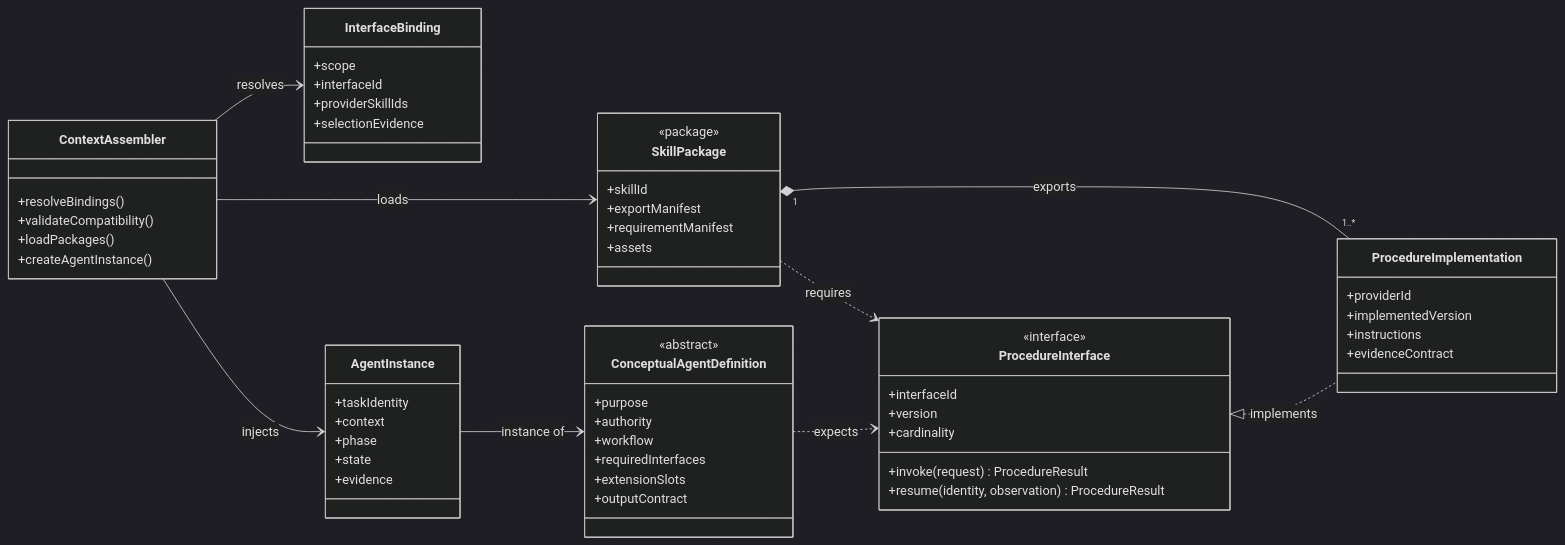
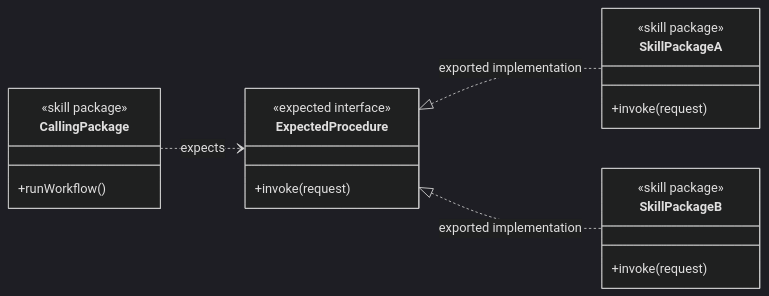
Before and after one commit to martinbechard/dev-methodology: the first of 6 diagrams in design/object-oriented-agent-and-skill-model.md, drawn with Mermaid (dark theme). The commit also changed other lines of this file and 2 other files, not shown here.

````diff
--- a/design/object-oriented-agent-and-skill-model.md
+++ b/design/object-oriented-agent-and-skill-model.md
@@ -147,69 +69,28 @@
 ```mermaid
 classDiagram
     direction LR
 
-    class ProcedureInterface {
-        <<interface>>
-        +interfaceId
-        +version
-        +cardinality
-        +invoke(request) ProcedureResult
-        +resume(identity, observation) ProcedureResult
+    class CallingPackage {
+        <<skill package>>
+        +runWorkflow()
     }
 
-    class ProcedureImplementation {
-        +providerId
-        +implementedVersion
-        +instructions
-        +evidenceContract
+    class ExpectedProcedure {
+        <<expected interface>>
+        +invoke(request)
     }
 
-    class SkillPackage {
-        <<package>>
-        +skillId
-        +exportManifest
-        +requirementManifest
-        +assets
+    class SkillPackageA {
+        <<skill package>>
+        +invoke(request)
     }
 
-    class ConceptualAgentDefinition {
-        <<abstract>>
-        +purpose
-        +authority
-        +workflow
-        +requiredInterfaces
-        +extensionSlots
-        +outputContract
+    class SkillPackageB {
+        <<skill package>>
+        +invoke(request)
     }
 
-    class AgentInstance {
-        +taskIdentity
-        +context
-        +phase
-        +state
-        +evidence
-    }
-
-    class InterfaceBinding {
-        +scope
-        +interfaceId
-        +providerSkillIds
-        +selectionEvidence
-    }
-
-    class ContextAssembler {
-        +resolveBindings()
-        +validateCompatibility()
-        +loadPackages()
-        +createAgentInstance()
-    }
-
-    ProcedureInterface <|.. ProcedureImplementation : implements
-    SkillPackage "1" *-- "1..*" ProcedureImplementation : exports
-    SkillPackage ..> ProcedureInterface : requires
-    ConceptualAgentDefinition ..> ProcedureInterface : expects
-    AgentInstance --> ConceptualAgentDefinition : instance of
-    ContextAssembler --> InterfaceBinding : resolves
-    ContextAssembler --> SkillPackage : loads
-    ContextAssembler --> AgentInstance : injects
+    CallingPackage ..> ExpectedProcedure : expects
+    ExpectedProcedure <|.. SkillPackageA : exported implementation
+    ExpectedProcedure <|.. SkillPackageB : exported implementation
 ```
````
